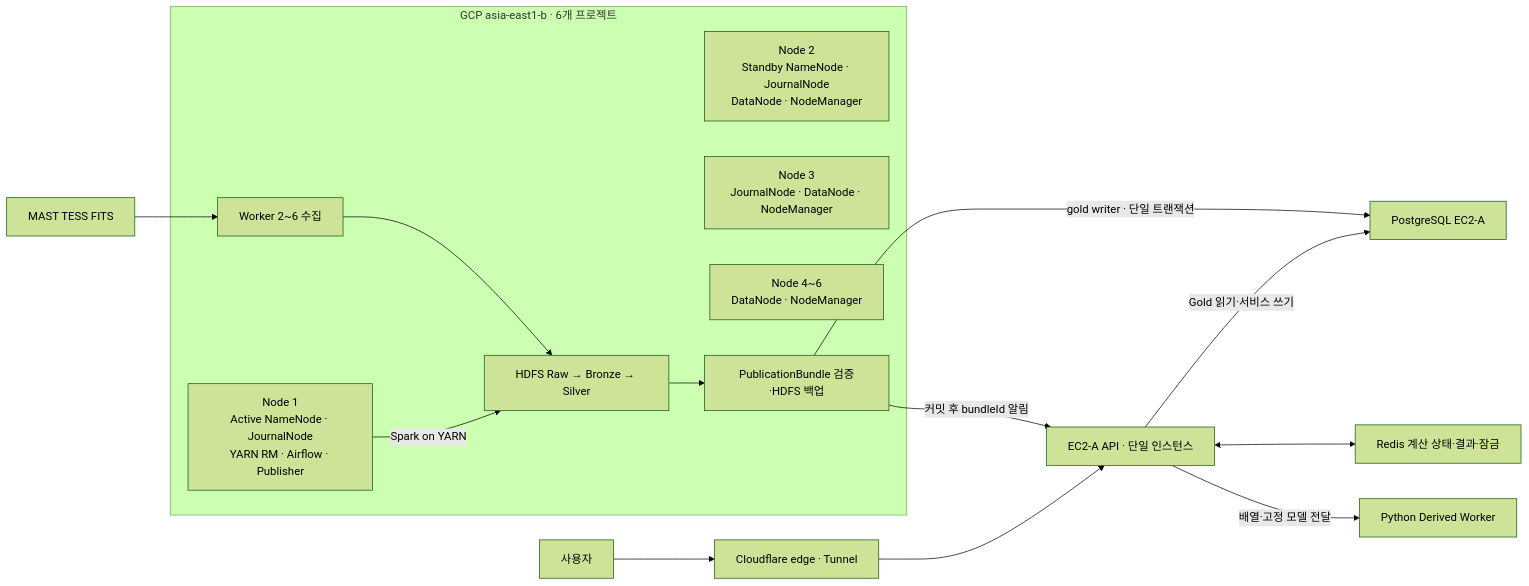
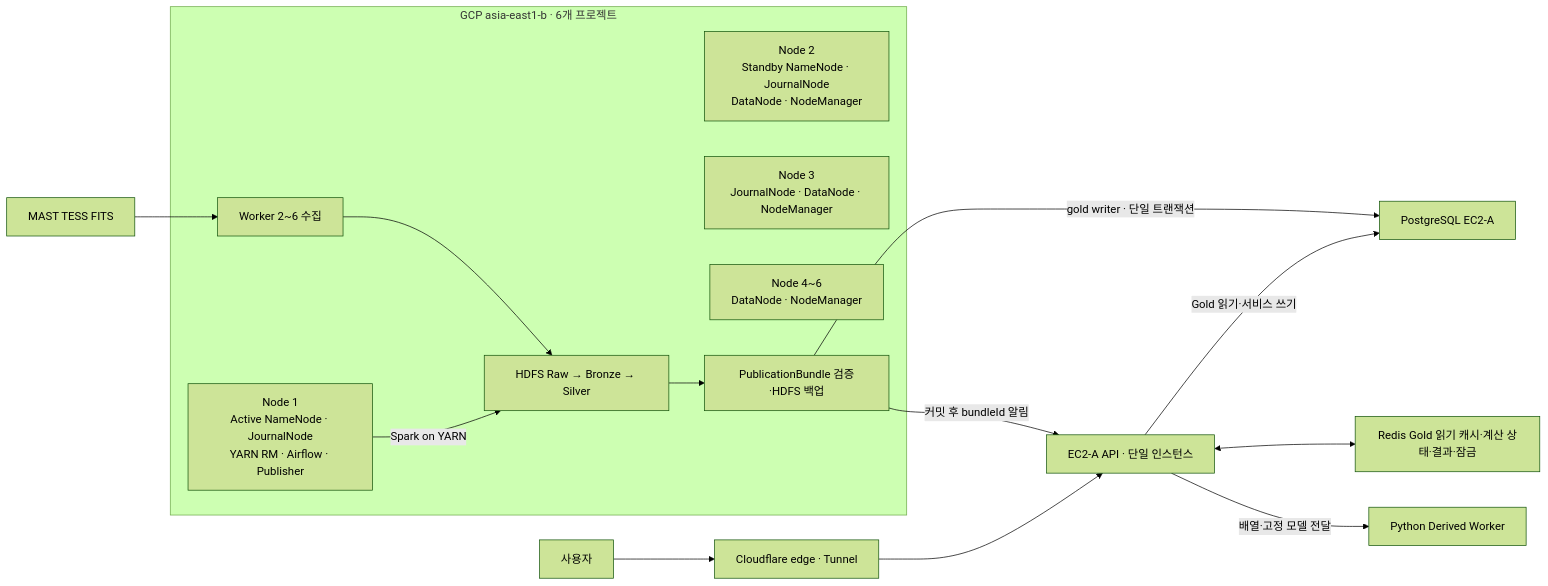
The diagram in docs/architecture/system-architecture.md (baekseunghak/planetory), drawn with Mermaid (forest theme) before and after one commit. The commit also changed other lines of this file and 22 other files, not shown here.

Commit message:
feat(api): 지정 별 Gold 데이터를 Redis에 사전 적재하고 DB 조회 유지 [S15P21C206-260]

````diff
--- a/docs/architecture/system-architecture.md
+++ b/docs/architecture/system-architecture.md
@@ -9,20 +9,20 @@
 ```mermaid
 flowchart LR
   SRC[MAST TESS FITS] --> ING[Worker 2~6 수집]
   subgraph GCP[GCP asia-east1-b · 6개 프로젝트]
     M[Node 1<br/>Active NameNode · JournalNode<br/>YARN RM · Airflow · Publisher]
     S[Node 2<br/>Standby NameNode · JournalNode<br/>DataNode · NodeManager]
     J[Node 3<br/>JournalNode · DataNode · NodeManager]
     W[Node 4~6<br/>DataNode · NodeManager]
     ING --> H[HDFS Raw → Bronze → Silver]
     M -->|Spark on YARN| H
     H --> P[PublicationBundle 검증·HDFS 백업]
   end
   U[사용자] --> CF[Cloudflare edge · Tunnel]
   CF --> API[EC2-A API · 단일 인스턴스]
   P -->|gold writer · 단일 트랜잭션| DB[PostgreSQL EC2-A]
   P -->|커밋 후 bundleId 알림| API
   API -->|Gold 읽기·서비스 쓰기| DB
-  API <--> R[Redis 계산 상태·결과·잠금]
+  API <--> R[Redis Gold 읽기 캐시·계산 상태·결과·잠금]
   API -->|배열·고정 모델 전달| WKR[Python Derived Worker]
 ```
````
